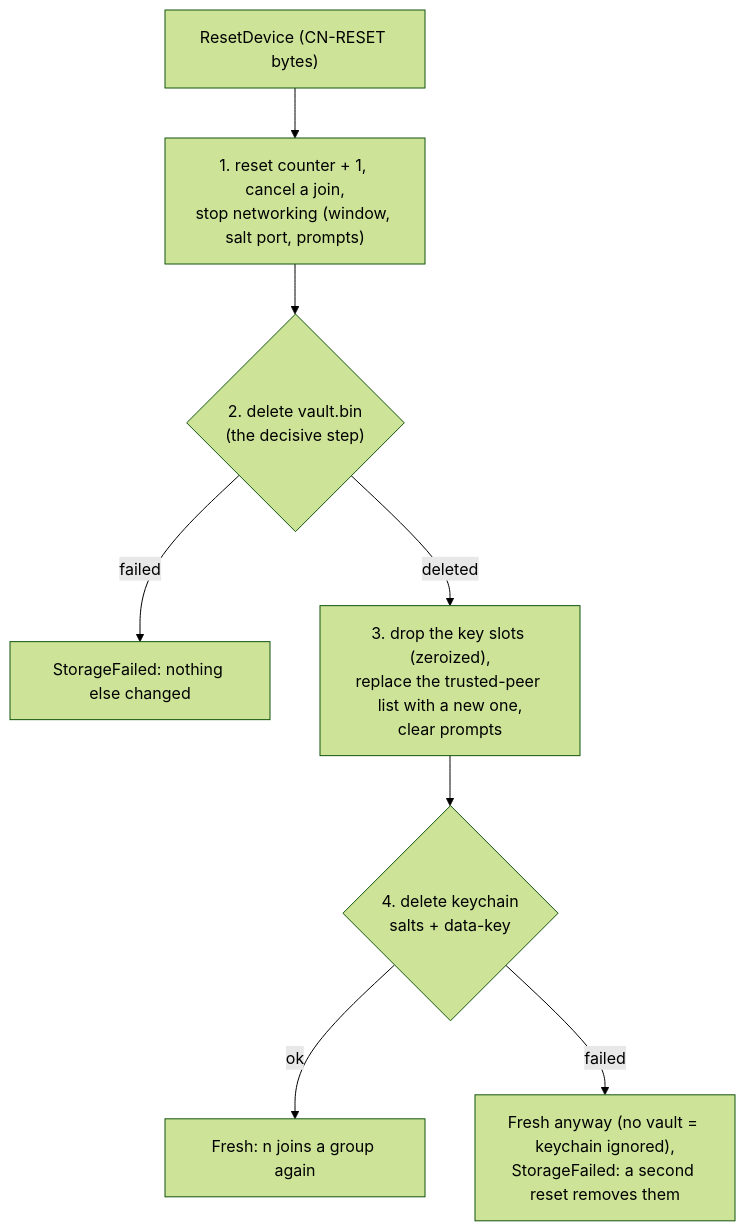
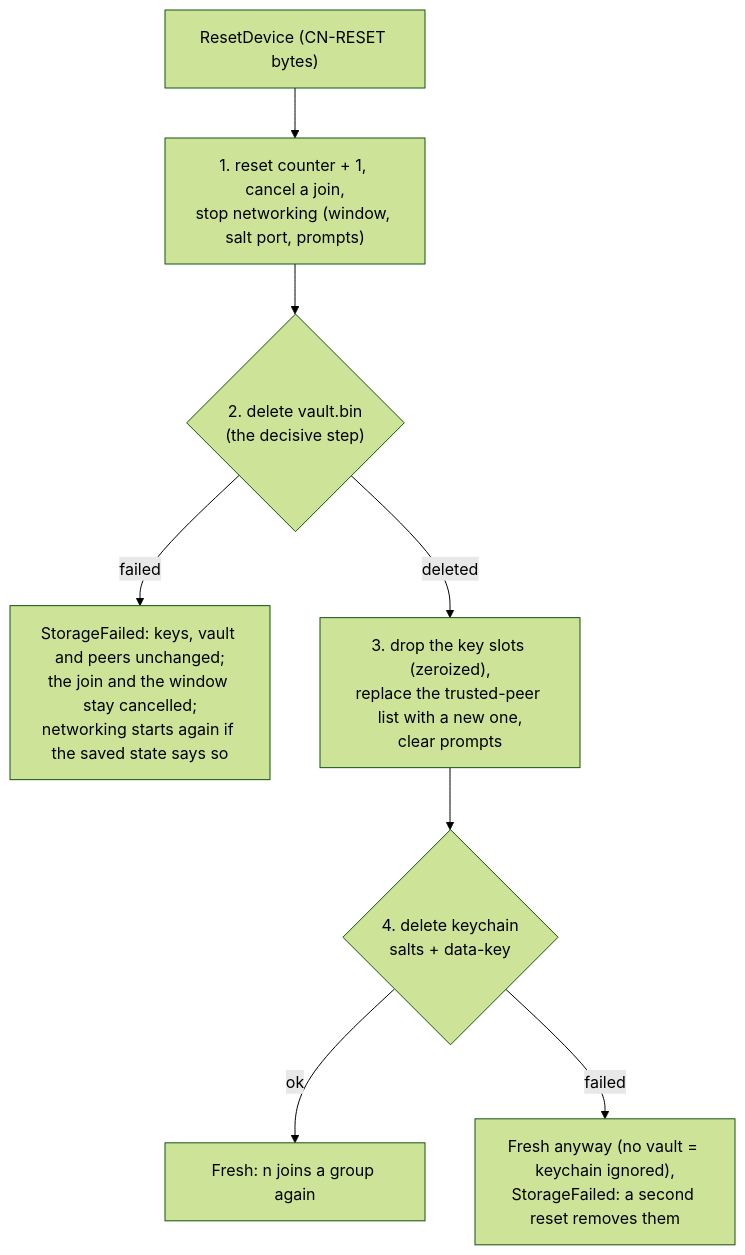
One commit to czarekkdev/cesaconn changed the second of 3 diagrams in docs/diagrams/forget-reset.md. Above: the diagram before and after it, drawn with Mermaid (forest theme). The commit also changed 10 other files, not shown here.

First line of the commit message:
docs(diagrams): match the code on the review points

````diff
--- a/docs/diagrams/forget-reset.md
+++ b/docs/diagrams/forget-reset.md
@@ -25,10 +25,10 @@
 ```mermaid
 flowchart TB
     r["ResetDevice (CN-RESET bytes)"] --> s1["1. reset counter + 1, cancel a join,<br/>stop networking (window, salt port, prompts)"]
     s1 --> s2{"2. delete vault.bin<br/>(the decisive step)"}
-    s2 -- failed --> keep["StorageFailed: nothing else changed"]
+    s2 -- failed --> keep["StorageFailed: keys, vault and peers unchanged;<br/>the join and the window stay cancelled;<br/>networking starts again if the saved state says so"]
     s2 -- deleted --> s3["3. drop the key slots (zeroized),<br/>replace the trusted-peer list with a new one,<br/>clear prompts"]
     s3 --> s4{"4. delete keychain<br/>salts + data-key"}
     s4 -- ok --> fresh["Fresh: n joins a group again"]
     s4 -- failed --> fresh2["Fresh anyway (no vault = keychain ignored),<br/>StorageFailed: a second reset removes them"]
 ```
````
